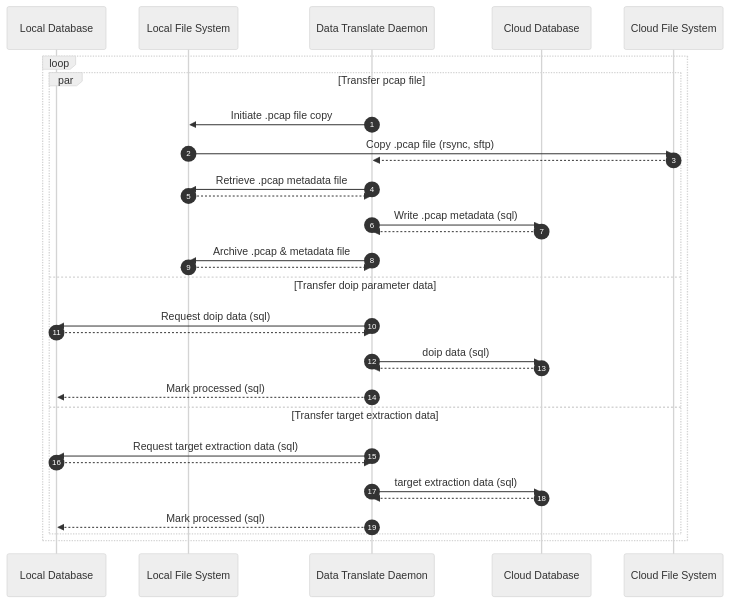
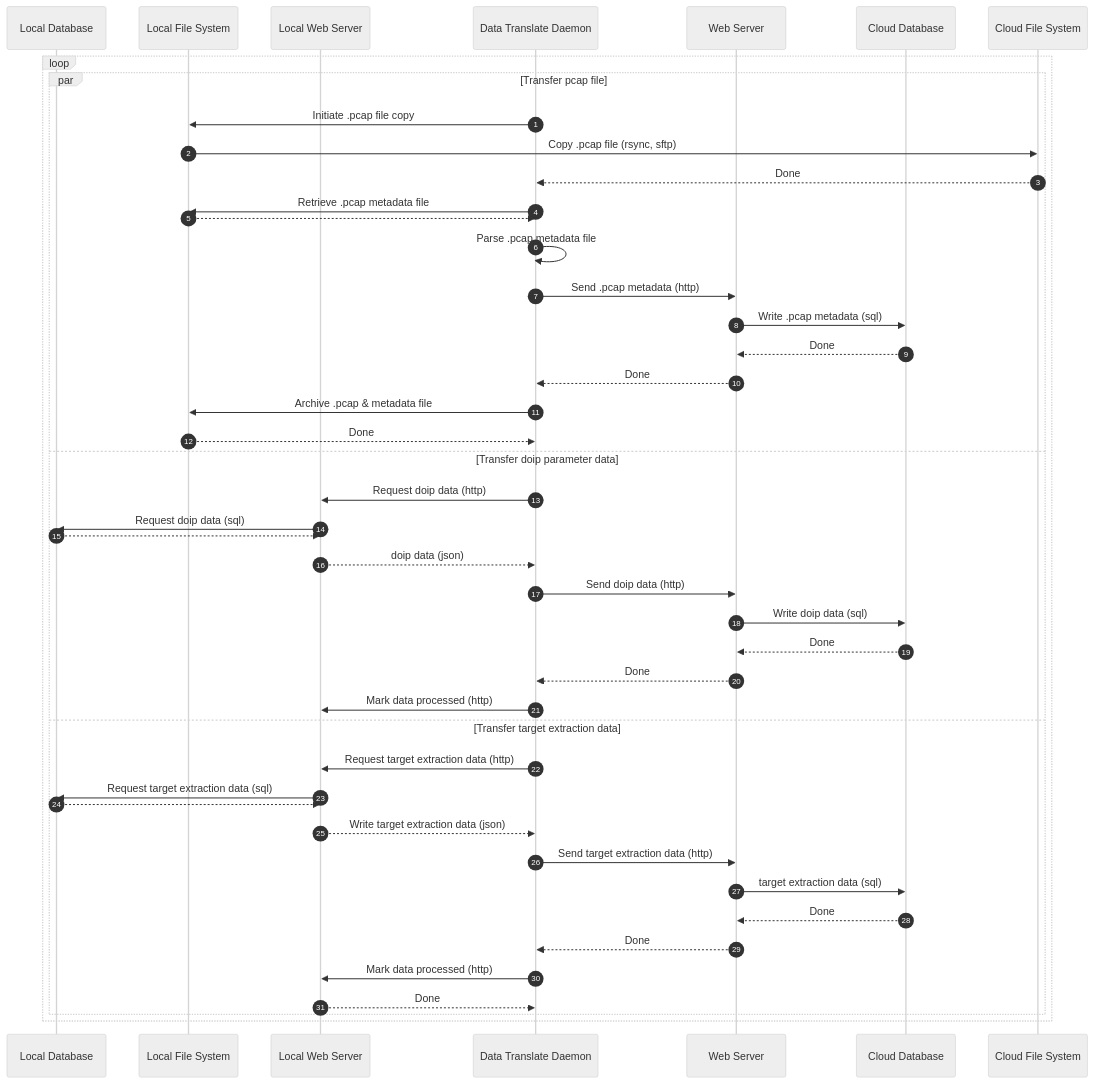
One commit to matthew-beisser/testing-automation-pipeline-3 changed the second of 2 diagrams in docs/design.md. Above: the diagram before and after it, drawn with Mermaid. The commit also changed other lines of this file and 7 other files, not shown here.

Commit message:
WIP updated diagrams

````diff
--- a/docs/design.md
+++ b/docs/design.md
@@ -283,42 +393,56 @@
 ```mermaid
 %%{
     init: {'theme': 'neutral' }
 }%%
 
 sequenceDiagram
     autonumber
 
     Participant DB as Local Database
     Participant FS as Local File System
+    Participant LWWW as Local Web Server
     Participant Daemon as Data Translate Daemon
 
+    Participant WWW as Web Server
     Participant CloudDB as Cloud Database
     Participant CloudFS as Cloud File System
 
     loop
         par Transfer pcap file
             Daemon->>FS: Initiate .pcap file copy
             FS->>CloudFS: Copy .pcap file (rsync, sftp)
-            CloudFS-->>Daemon: 
+            CloudFS-->>Daemon: Done 
             Daemon->>FS: Retrieve .pcap metadata file
             FS-->>Daemon: 
-            Daemon->>CloudDB: Write .pcap metadata (sql)
-            CloudDB-->>Daemon: 
+            Daemon->>Daemon: Parse .pcap metadata file
+            Daemon->>WWW: Send .pcap metadata (http)
+            WWW->>CloudDB: Write .pcap metadata (sql)
+            CloudDB-->>WWW: Done
+            WWW-->>Daemon: Done
             Daemon->>FS: Archive .pcap & metadata file
-            FS-->>Daemon: 
+            FS-->>Daemon: Done
 
         and Transfer doip parameter data
-            Daemon->>DB: Request doip data (sql)
-            DB-->>Daemon: 
-            Daemon->>CloudDB: doip data (sql)
-            CloudDB-->>Daemon: 
-            Daemon-->>DB: Mark processed (sql)
+            Daemon->>LWWW: Request doip data (http)
+            LWWW->>DB: Request doip data (sql)
+            DB-->>LWWW: 
+            LWWW-->>Daemon: doip data (json)
+            Daemon->>WWW: Send doip data (http)
+            WWW->>CloudDB: Write doip data (sql)
+            CloudDB-->>WWW: Done
+            WWW-->>Daemon: Done
+            Daemon->>LWWW: Mark data processed (http)
         and Transfer target extraction data
-            Daemon->>DB: Request target extraction data (sql)
-            DB-->>Daemon: 
-            Daemon->>CloudDB: target extraction data (sql)
-            CloudDB-->>Daemon: 
-            Daemon-->>DB: Mark processed (sql)
+            Daemon->>LWWW: Request target extraction data (http)
+            LWWW->>DB: Request target extraction data (sql)
+            DB-->>LWWW: 
+            LWWW-->>Daemon: Write target extraction data (json)
+            Daemon->>WWW: Send target extraction data (http)
+            WWW->>CloudDB: target extraction data (sql)
+            CloudDB-->>WWW: Done
+            WWW-->>Daemon: Done
+            Daemon->>LWWW: Mark data processed (http)
+            LWWW-->>Daemon: Done
         end
     end
 ```
````
